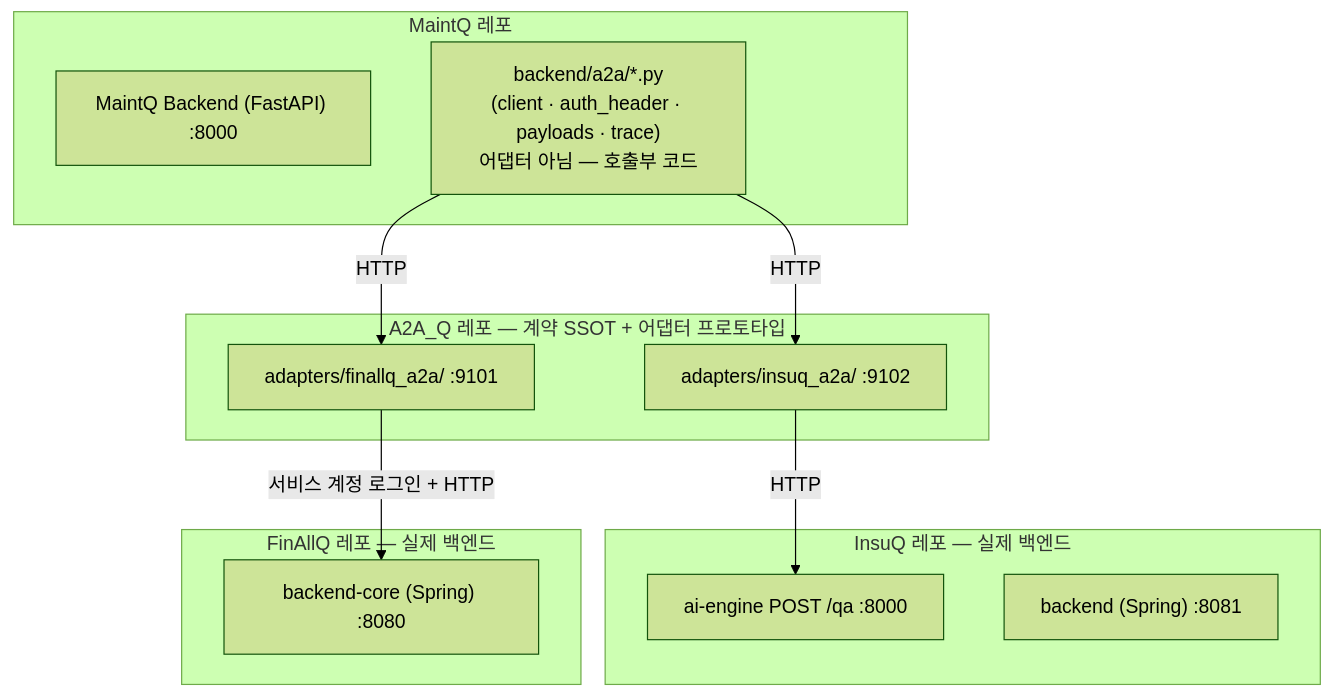
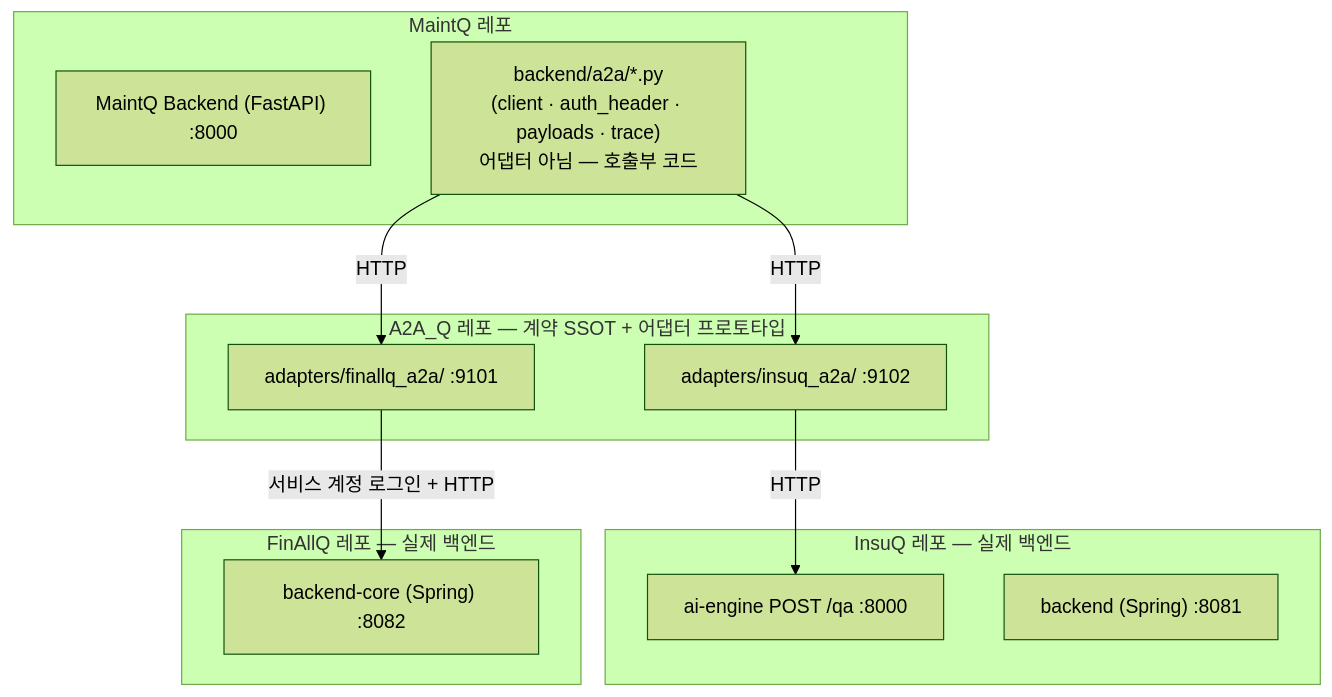
One commit to ttogle918/QMesh changed the tenth of 10 diagrams in docs/presentation/a2a-contract-and-data-flow.md. Above: the diagram before and after it, drawn with Mermaid (forest theme). The commit also changed other lines of this file and 9 other files, not shown here.

````diff
--- a/docs/presentation/a2a-contract-and-data-flow.md
+++ b/docs/presentation/a2a-contract-and-data-flow.md
@@ -378,26 +385,26 @@
 ```mermaid
 graph TD
     subgraph MAINTQ_REPO ["MaintQ 레포"]
         MQ_BACKEND["MaintQ Backend (FastAPI) :8000"]
         MQ_A2A["backend/a2a/*.py<br>(client · auth_header · payloads · trace)<br>어댑터 아님 — 호출부 코드"]
     end
 
     subgraph A2A_Q_REPO ["A2A_Q 레포 — 계약 SSOT + 어댑터 프로토타입"]
         INSUQ_ADAPTER["adapters/insuq_a2a/ :9102"]
         FINALLQ_ADAPTER["adapters/finallq_a2a/ :9101"]
     end
 
     subgraph INSUQ_REPO ["InsuQ 레포 — 실제 백엔드"]
         INSUQ_AI["ai-engine POST /qa :8000"]
         INSUQ_SPRING["backend (Spring) :8081"]
     end
 
     subgraph FINALLQ_REPO ["FinAllQ 레포 — 실제 백엔드"]
-        FA_CORE["backend-core (Spring) :8080"]
+        FA_CORE["backend-core (Spring) :8082"]
     end
 
     MQ_A2A -- "HTTP" --> INSUQ_ADAPTER
     MQ_A2A -- "HTTP" --> FINALLQ_ADAPTER
     INSUQ_ADAPTER -- "HTTP" --> INSUQ_AI
     FINALLQ_ADAPTER -- "서비스 계정 로그인 + HTTP" --> FA_CORE
 ```
````
